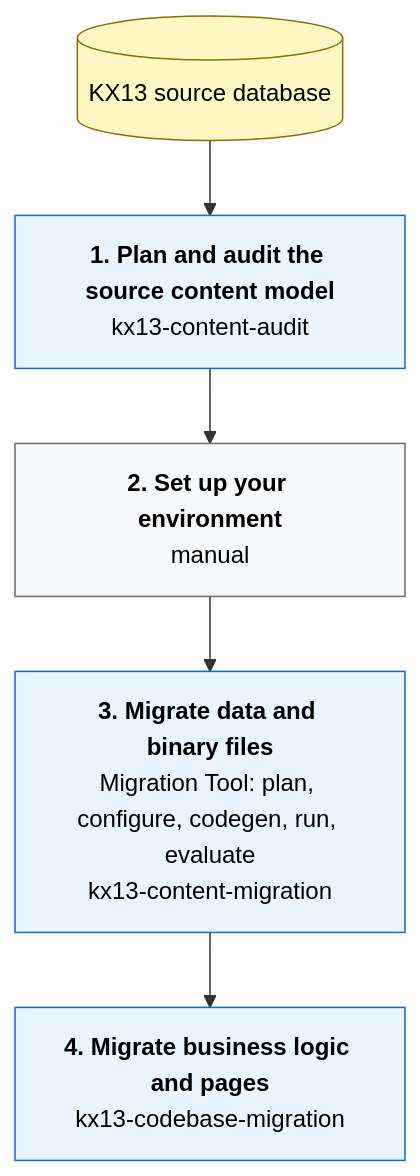
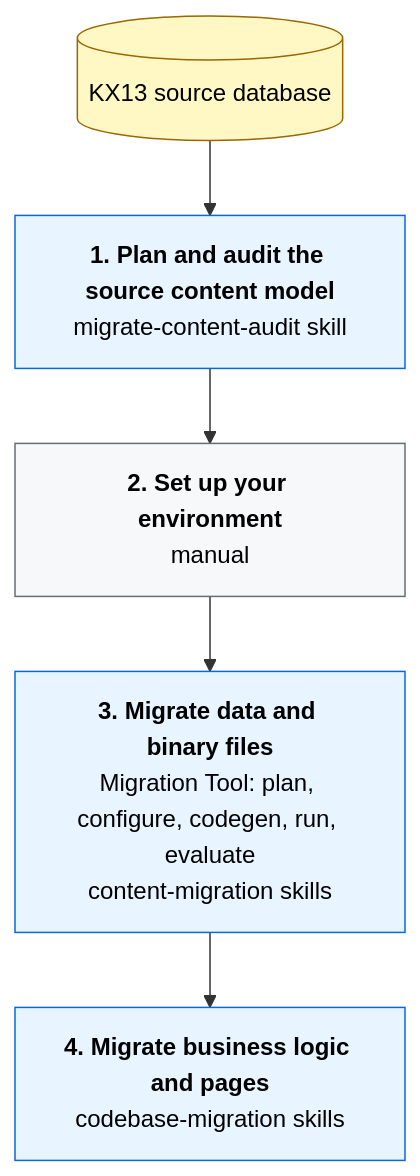
Before and after one commit to Kentico/xperience-by-kentico-kenticopilot: the diagram in docs/KX13-Upgrade-Plugins.md, drawn with Mermaid. The commit also changed other lines of this file and 179 other files, not shown here.

````diff
--- a/docs/KX13-Upgrade-Plugins.md
+++ b/docs/KX13-Upgrade-Plugins.md
@@ -21,19 +23,19 @@
 ```mermaid
 flowchart TD
     db[(KX13 source database)]
-    audit["<b>1. Plan and audit the source content model</b><br/>kx13-content-audit"]
+    audit["<b>1. Plan and audit the source content model</b><br/>migrate-content-audit skill"]
     env["<b>2. Set up your environment</b><br/>manual"]
-    data["<b>3. Migrate data and binary files</b><br/>Migration Tool: plan, configure, codegen, run, evaluate<br/>kx13-content-migration"]
-    code["<b>4. Migrate business logic and pages</b><br/>kx13-codebase-migration"]
+    data["<b>3. Migrate data and binary files</b><br/>Migration Tool: plan, configure, codegen, run, evaluate<br/>content-migration skills"]
+    code["<b>4. Migrate business logic and pages</b><br/>codebase-migration skills"]
  
     db --> audit
     audit --> env
     env --> data
     data --> code
  
     style audit fill:#e8f4ff,stroke:#0969da,color:#000
     style data fill:#e8f4ff,stroke:#0969da,color:#000
     style code fill:#e8f4ff,stroke:#0969da,color:#000
     style env fill:#f6f8fa,stroke:#656d76,color:#000
     style db fill:#fff8c5,stroke:#9a6700,color:#000
 ```
````
